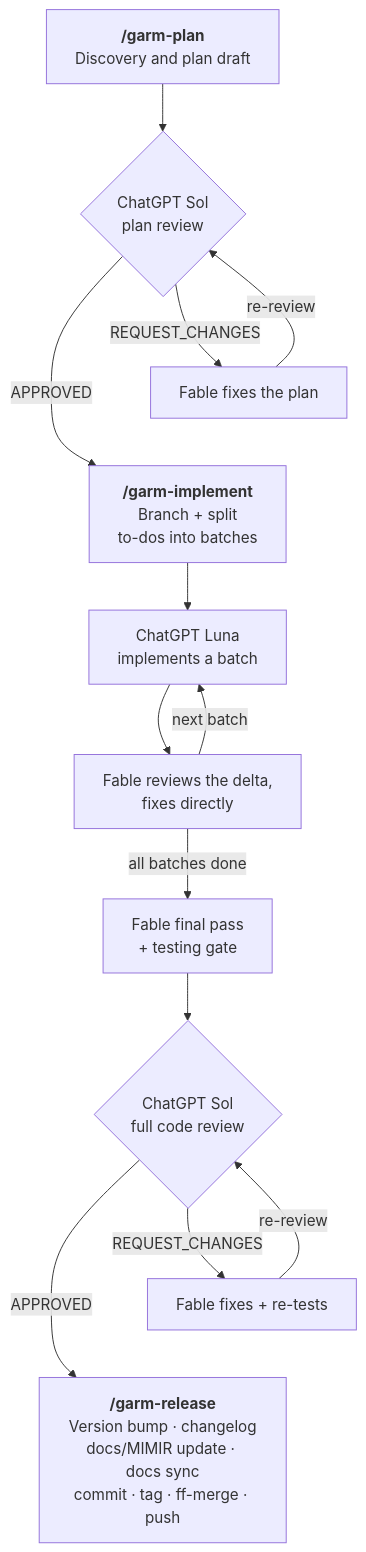
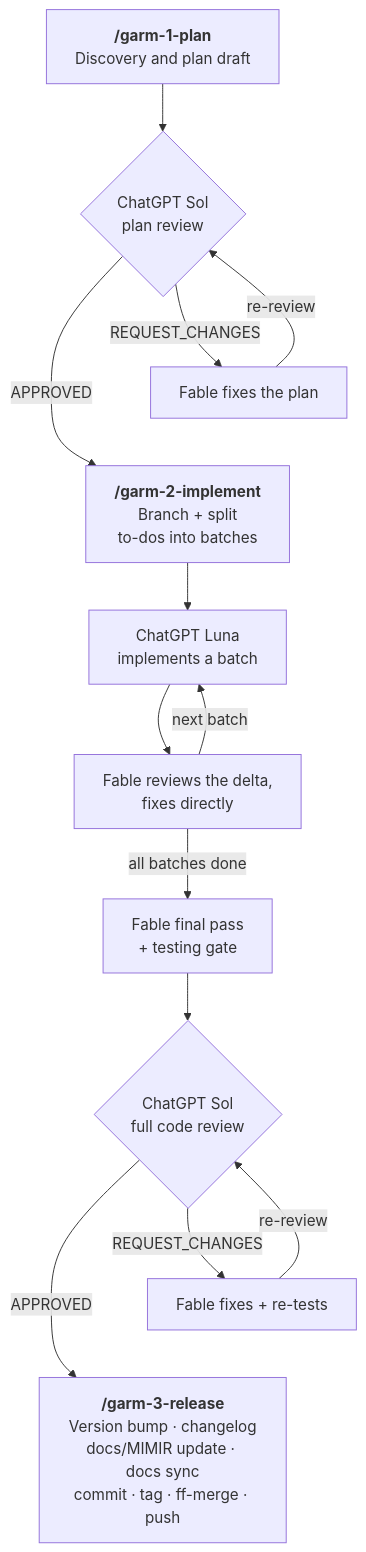
One commit to chipa03/garm-workflow changed the diagram in README.md. Above: the diagram before and after it, drawn with Mermaid. The commit also changed other lines of this file and 16 other files, not shown here.

````diff
--- a/README.md
+++ b/README.md
@@ -138,17 +136,17 @@
 ```mermaid
 flowchart TD
-    A["<b>/garm-plan</b><br/>Discovery and plan draft"] --> B{"ChatGPT Sol<br/>plan review"}
+    A["<b>/garm-1-plan</b><br/>Discovery and plan draft"] --> B{"ChatGPT Sol<br/>plan review"}
     B -->|"REQUEST_CHANGES"| Bf["Fable fixes the plan"]
     Bf -->|"re-review"| B
-    B -->|"APPROVED"| D["<b>/garm-implement</b><br/>Branch + split<br/>to-dos into batches"]
+    B -->|"APPROVED"| D["<b>/garm-2-implement</b><br/>Branch + split<br/>to-dos into batches"]
     Bf ~~~ D
     D --> E["ChatGPT Luna<br/>implements a batch"]
     E --> F["Fable reviews the delta,<br/>fixes directly"]
     F -->|"next batch"| E
     F -->|"all batches done"| G["Fable final pass<br/>+ testing gate"]
     G --> H{"ChatGPT Sol<br/>full code review"}
     H -->|"REQUEST_CHANGES"| Hf["Fable fixes + re-tests"]
     Hf -->|"re-review"| H
-    H -->|"APPROVED"| K["<b>/garm-release</b><br/>Version bump · changelog<br/>docs/MIMIR update · docs sync<br/>commit · tag · ff-merge · push"]
+    H -->|"APPROVED"| K["<b>/garm-3-release</b><br/>Version bump · changelog<br/>docs/MIMIR update · docs sync<br/>commit · tag · ff-merge · push"]
     Hf ~~~ K
 ```
````
